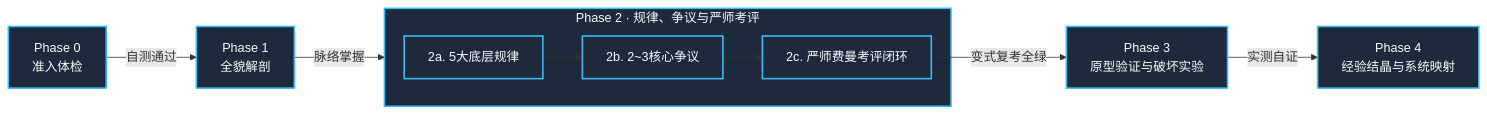
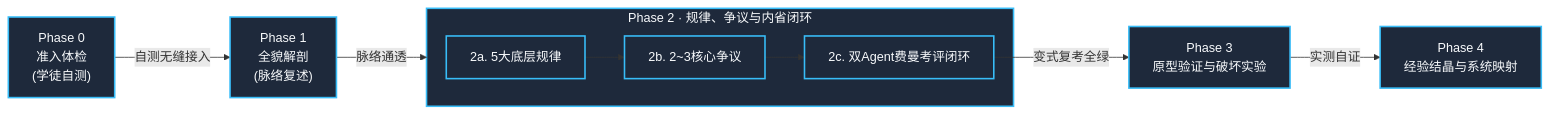
One commit to ThreeFish-AI/guided-learn changed the second of 2 diagrams in SKILL.md. Above: the diagram before and after it, drawn with Mermaid. The commit also changed other lines of this file and 3 other files, not shown here.

````diff
--- a/SKILL.md
+++ b/SKILL.md
@@ -62,13 +109,13 @@
 ```mermaid
 flowchart LR
-    P0["Phase 0<br/>准入体检"] -->|自测通过| P1["Phase 1<br/>全貌解剖"]
-    P1 -->|脉络掌握| P2["Phase 2<br/>规律、争议与严师考评"]
-    subgraph P2["Phase 2 · 规律、争议与严师考评"]
-        P2a["2a. 5大底层规律"] --> P2b["2b. 2~3核心争议"] --> P2c["2c. 严师费曼考评闭环"]
+    P0["Phase 0<br/>准入体检<br/>(学徒自测)"] -->|自测无缝接入| P1["Phase 1<br/>全貌解剖<br/>(脉络复述)"]
+    P1 -->|脉络通透| P2["Phase 2<br/>规律、争议与严师考评"]
+    subgraph P2["Phase 2 · 规律、争议与内省闭环"]
+        P2a["2a. 5大底层规律"] --> P2b["2b. 2~3核心争议"] --> P2c["2c. 双Agent费曼考评闭环"]
     end
     P2c -->|变式复考全绿| P3["Phase 3<br/>原型验证与破坏实验"]
     P3 -->|实测自证| P4["Phase 4<br/>经验结晶与系统映射"]
 
     classDef phase fill:#1e293b,stroke:#38bdf8,stroke-width:2px,color:#f8fafc;
     class P0,P1,P2,P3,P4,P2a,P2b,P2c phase;
 ```
````
